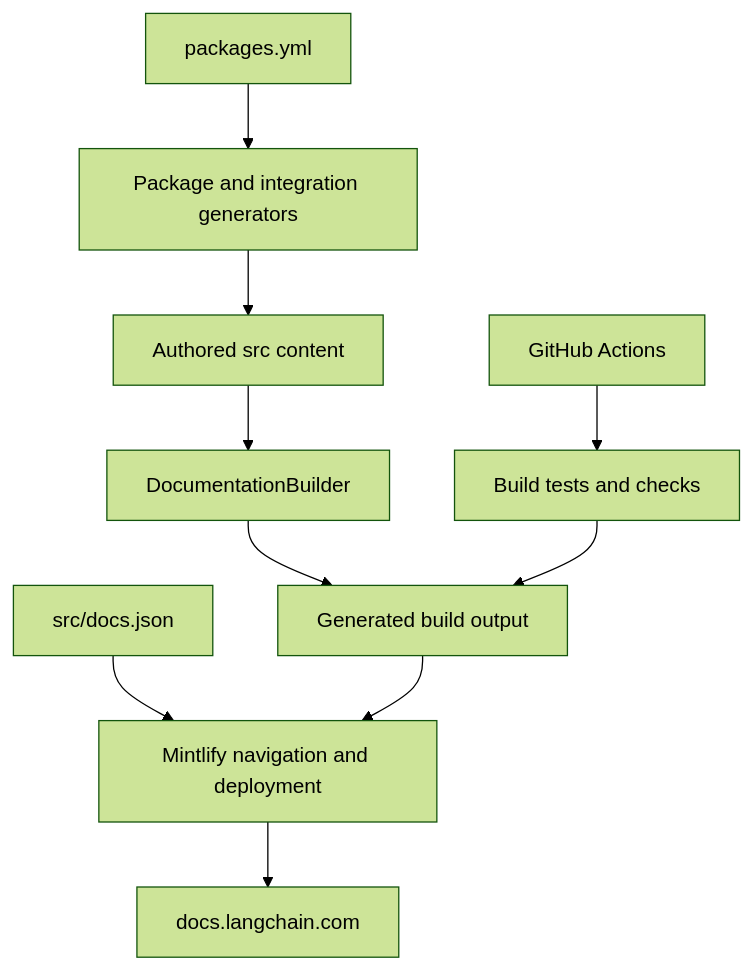
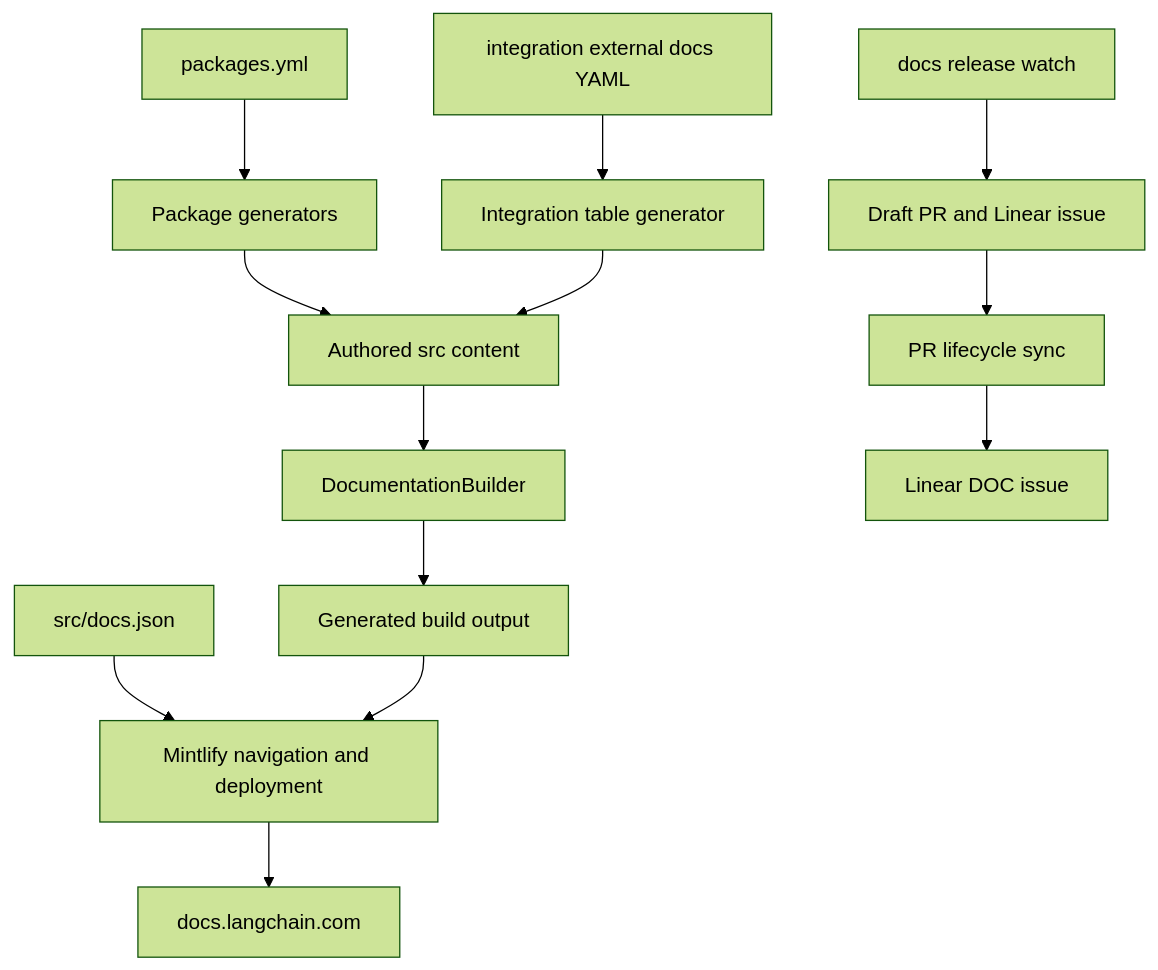
One commit to rishi-raj-jain/docs-1 changed the diagram in openwiki/architecture/source-map.md. Above: the diagram before and after it, drawn with Mermaid (forest theme). The commit also changed other lines of this file and 21 other files, not shown here.

````diff
--- a/openwiki/architecture/source-map.md
+++ b/openwiki/architecture/source-map.md
@@ -65,12 +73,15 @@
 ```mermaid
 flowchart TD
     Authored["Authored src content"] --> Builder["DocumentationBuilder"]
     Builder --> Output["Generated build output"]
     Config["src/docs.json"] --> Mintlify["Mintlify navigation and deployment"]
     Output --> Mintlify
-    Metadata["packages.yml"] --> Generators["Package and integration generators"]
-    Generators --> Authored
+    Packages["packages.yml"] --> PackageGenerators["Package generators"]
+    ExternalData["integration external docs YAML"] --> IntegrationGenerator["Integration table generator"]
+    PackageGenerators --> Authored
+    IntegrationGenerator --> Authored
     Mintlify --> Site["docs.langchain.com"]
-    CI["GitHub Actions"] --> Checks["Build tests and checks"]
-    Checks --> Output
+    ReleaseWatch["docs release watch"] --> DraftPR["Draft PR and Linear issue"]
+    DraftPR --> LinearSync["PR lifecycle sync"]
+    LinearSync --> Linear["Linear DOC issue"]
 ```
````
